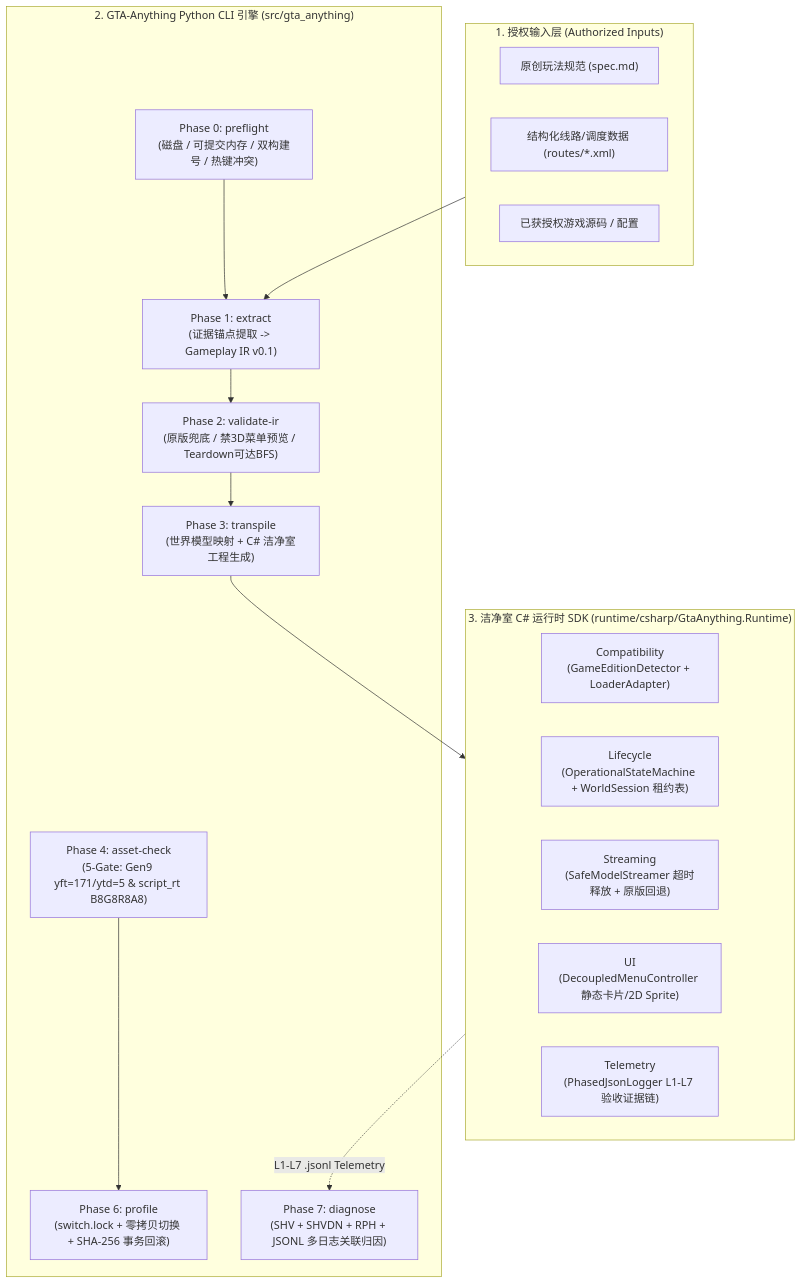
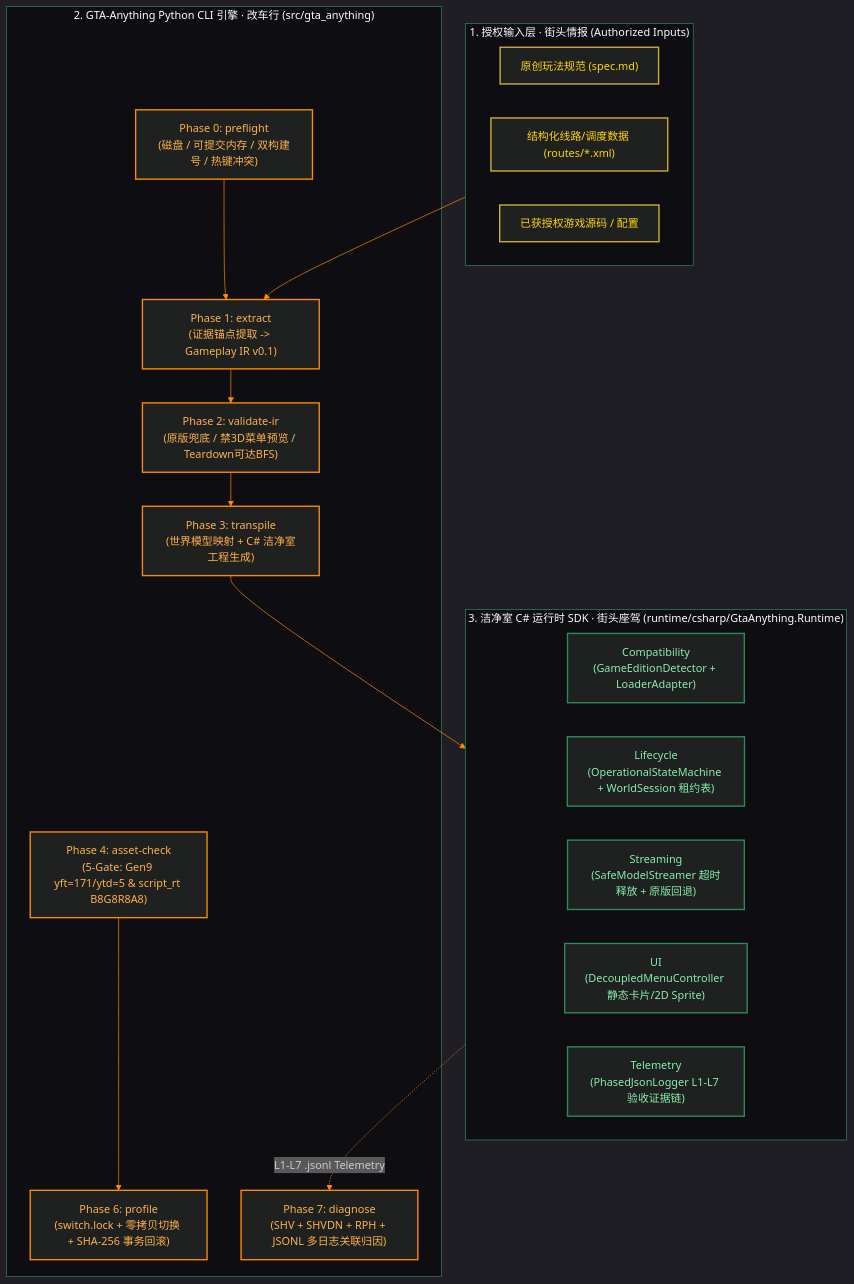
Before and after one commit to computersniper/GTA-Anything: the first of 2 diagrams in README.md, drawn with Mermaid. The commit also changed other lines of this file and 3 other files, not shown here.

````diff
--- a/README.md
+++ b/README.md
@@ -63,31 +93,39 @@
 ```mermaid
+%%{init: {'theme': 'dark', 'themeVariables': {'primaryColor': '#111111', 'primaryTextColor': '#FFFFFF', 'primaryBorderColor': '#D4AF37', 'lineColor': '#FF8C00', 'clusterBkg': '#0d0d12', 'clusterBorder': '#2E8B57', 'fontFamily': 'Consolas, monospace'}}}%%
 flowchart TD
-    subgraph Inputs["1. 授权输入层 (Authorized Inputs)"]
+    subgraph Inputs["1. 授权输入层 · 街头情报 (Authorized Inputs)"]
         MD["原创玩法规范 (spec.md)"]
         XML["结构化线路/调度数据 (routes/*.xml)"]
         SRC["已获授权游戏源码 / 配置"]
     end
 
-    subgraph Engine["2. GTA-Anything Python CLI 引擎 (src/gta_anything)"]
+    subgraph Engine["2. GTA-Anything Python CLI 引擎 · 改车行 (src/gta_anything)"]
         P0["Phase 0: preflight\n(磁盘 / 可提交内存 / 双构建号 / 热键冲突)"]
         P1["Phase 1: extract\n(证据锚点提取 -> Gameplay IR v0.1)"]
         P2["Phase 2: validate-ir\n(原版兜底 / 禁3D菜单预览 / Teardown可达BFS)"]
         P3["Phase 3: transpile\n(世界模型映射 + C# 洁净室工程生成)"]
         P4["Phase 4: asset-check\n(5-Gate: Gen9 yft=171/ytd=5 & script_rt B8G8R8A8)"]
         P6["Phase 6: profile\n(switch.lock + 零拷贝切换 + SHA-256 事务回滚)"]
         P7["Phase 7: diagnose\n(SHV + SHVDN + RPH + JSONL 多日志关联归因)"]
     end
 
-    subgraph Runtime["3. 洁净室 C# 运行时 SDK (runtime/csharp/GtaAnything.Runtime)"]
+    subgraph Runtime["3. 洁净室 C# 运行时 SDK · 街头座驾 (runtime/csharp/GtaAnything.Runtime)"]
         COMPAT["Compatibility\n(GameEditionDetector + LoaderAdapter)"]
         LIFE["Lifecycle\n(OperationalStateMachine + WorldSession 租约表)"]
         STREAM["Streaming\n(SafeModelStreamer 超时释放 + 原版回退)"]
         UI["UI\n(DecoupledMenuController 静态卡片/2D Sprite)"]
         TELE["Telemetry\n(PhasedJsonLogger L1-L7 验收证据链)"]
     end
 
     Inputs --> P1 --> P2 --> P3 --> Runtime
     P0 --> P1
     P4 --> P6
     Runtime -. "L1-L7 .jsonl Telemetry" .-> P7
+
+    classDef gold stroke:#D4AF37,stroke-width:2px,color:#FFD700;
+    classDef green stroke:#2E8B57,stroke-width:2px,color:#86efac;
+    classDef orange stroke:#FF8C00,stroke-width:2px,color:#FFB347;
+    class MD,XML,SRC gold;
+    class P0,P1,P2,P3,P4,P6,P7 orange;
+    class COMPAT,LIFE,STREAM,UI,TELE green;
 ```
````
